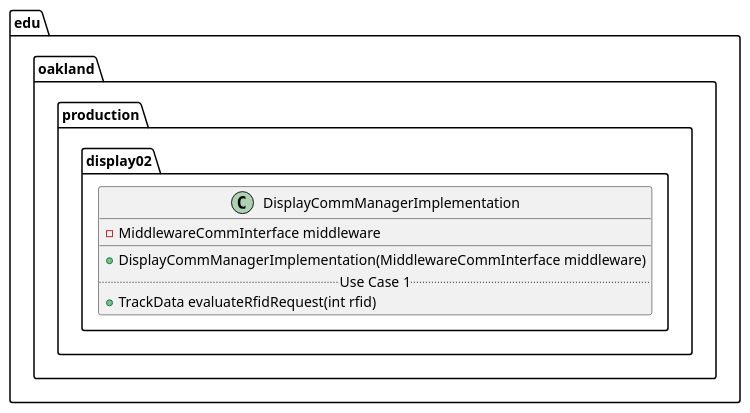
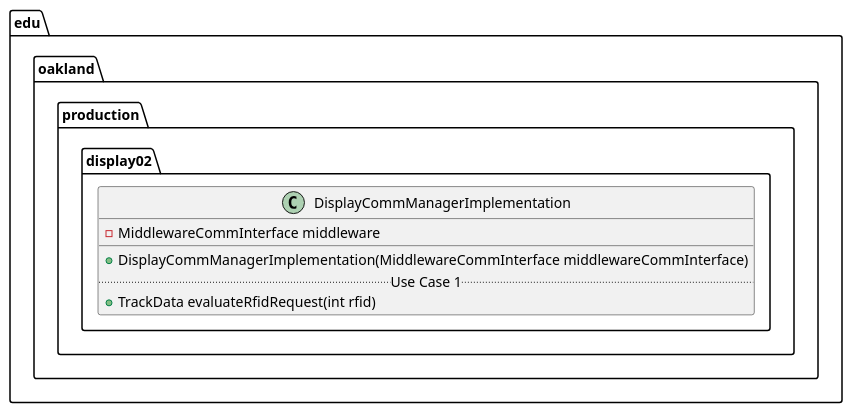
The diagram in docs/uml-class-diagrams/display02/production/DisplayCommManagerImplementation/DisplayCommManagerImplementation.puml (andrewdimmer/csi-3370-software-project), drawn with PlantUML before and after one commit. The commit also changed 540 other files, not shown here.

First line of the commit message:
[Admin] Update PUML Diagrams to Reflect Production Code/Tests (#168)

```diff
--- a/docs/uml-class-diagrams/display02/production/DisplayCommManagerImplementation/DisplayCommManagerImplementation.puml
+++ b/docs/uml-class-diagrams/display02/production/DisplayCommManagerImplementation/DisplayCommManagerImplementation.puml
@@ -1,13 +1,13 @@
 @startuml DisplayCommManagerImplementation
 
 package edu.oakland.production.display02 {
     class DisplayCommManagerImplementation {
         - MiddlewareCommInterface middleware
         __
-        + DisplayCommManagerImplementation(MiddlewareCommInterface middleware)
+        + DisplayCommManagerImplementation(MiddlewareCommInterface middlewareCommInterface)
         .. Use Case 1 ..
         + TrackData evaluateRfidRequest(int rfid)        
     }
 }
 
 @enduml
```
